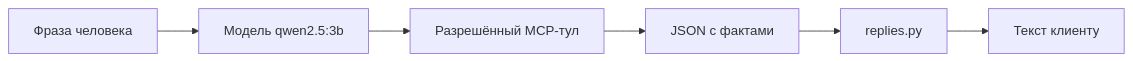
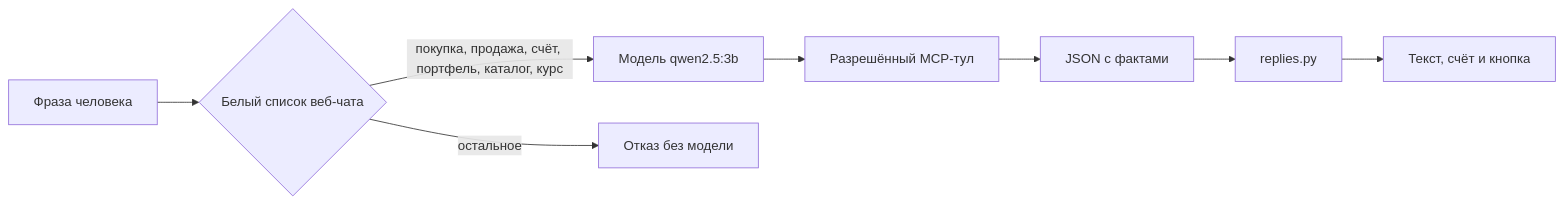
One commit to truchekaterina/mlsecops_agent changed the first of 4 diagrams in отчет по проделанной работе/02_Агент_возможности_и_технологии.md. Above: the diagram before and after it, drawn with Mermaid. The commit also changed other lines of this file and 7 other files, not shown here.

````diff
--- a/отчет по проделанной работе/02_Агент_возможности_и_технологии.md
+++ b/отчет по проделанной работе/02_Агент_возможности_и_технологии.md
@@ -30,8 +30,10 @@
 ```mermaid
 flowchart LR
-    F[Фраза человека] --> M[Модель qwen2.5:3b]
+    F[Фраза человека] --> G{Белый список веб-чата}
+    G -->|покупка, продажа, счёт, портфель, каталог, курс| M[Модель qwen2.5:3b]
+    G -->|остальное| X[Отказ без модели]
     M --> T[Разрешённый MCP-тул]
     T --> R[JSON с фактами]
     R --> A[replies.py]
-    A --> U[Текст клиенту]
+    A --> U[Текст, счёт и кнопка]
 ```
````
